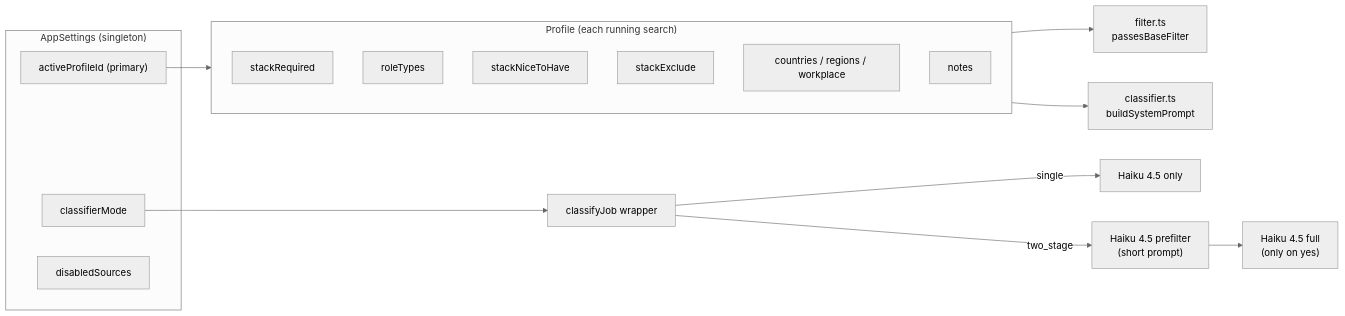
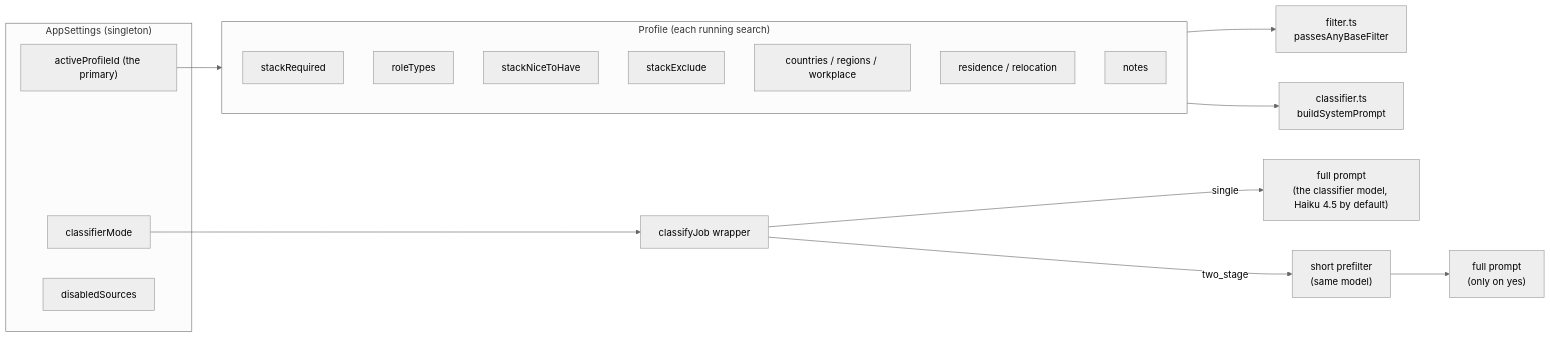
Before and after one commit to applypack/applypack: the fourth of 5 diagrams in ARCHITECTURE.md, drawn with Mermaid (neutral theme). The commit also changed other lines of this file and 1 other file, not shown here.

Commit message:
updated: SPEC and ARCHITECTURE describe the code as it is

````diff
--- a/ARCHITECTURE.md
+++ b/ARCHITECTURE.md
@@ -134,22 +167,23 @@
 ```mermaid
 flowchart LR
   subgraph settings["AppSettings (singleton)"]
-    apId["activeProfileId (primary)"]
-    cm[classifierMode]
-    dsr[disabledSources]
+    primary["activeProfileId (the primary)"]
+    mode[classifierMode]
+    disabled[disabledSources]
   end
   subgraph profile["Profile (each running search)"]
-    sr[stackRequired]
-    rt[roleTypes]
-    snth[stackNiceToHave]
-    sex[stackExclude]
-    rg[countries / regions / workplace]
+    required[stackRequired]
+    roles[roleTypes]
+    nice[stackNiceToHave]
+    exclude[stackExclude]
+    place[countries / regions / workplace]
+    living[residence / relocation]
     notes
   end
-  apId --> profile
-  profile --> filter["filter.ts<br/>passesBaseFilter"]
+  primary --> profile
+  profile --> filter["filter.ts<br/>passesAnyBaseFilter"]
   profile --> classifier["classifier.ts<br/>buildSystemPrompt"]
-  cm --> classifyJob["classifyJob wrapper"]
-  classifyJob -- "single" --> haiku45["Haiku 4.5 only"]
-  classifyJob -- "two_stage" --> haiku45p["Haiku 4.5 prefilter<br/>(short prompt)"] --> haiku45full["Haiku 4.5 full<br/>(only on yes)"]
+  mode --> classify["classifyJob wrapper"]
+  classify -- "single" --> full["full prompt<br/>(the classifier model, Haiku 4.5 by default)"]
+  classify -- "two_stage" --> pre["short prefilter<br/>(same model)"] --> after["full prompt<br/>(only on yes)"]
 ```
````
